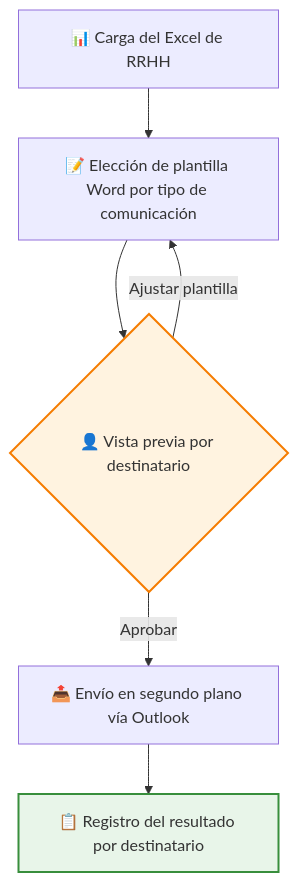
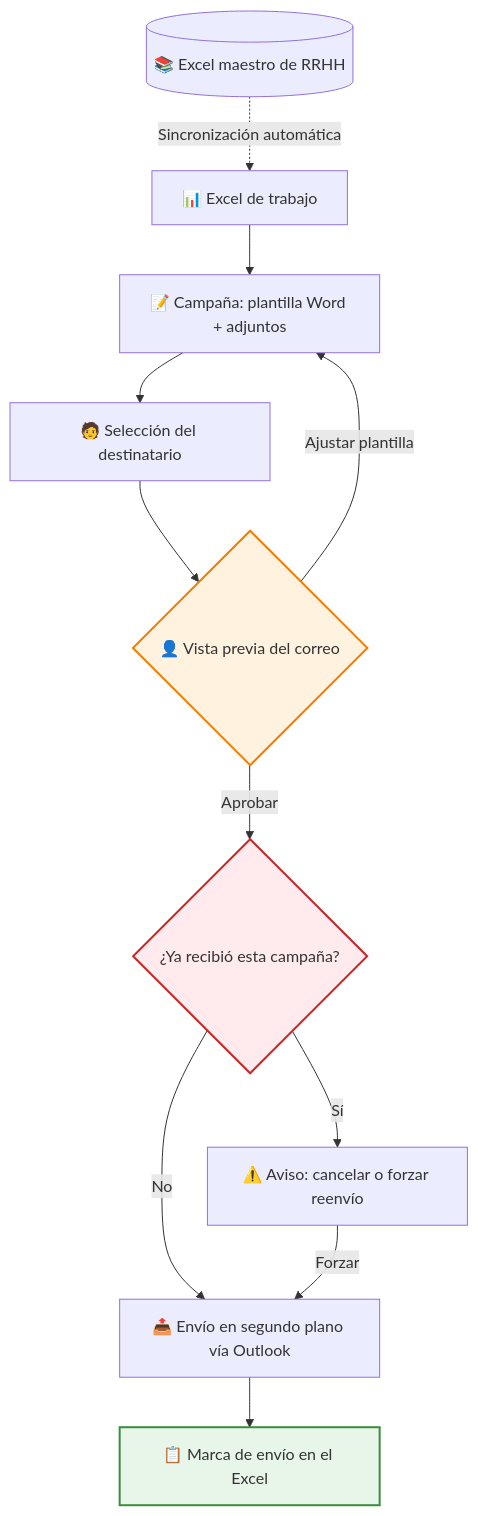
The first of 2 diagrams in Showcase_Email_Auto.md (ivanher97/Email_Auto_CTIngenieros), drawn with Mermaid before and after one commit. The commit also changed other lines of this file, not shown here.

````diff
--- a/Showcase_Email_Auto.md
+++ b/Showcase_Email_Auto.md
@@ -26,11 +27,17 @@
 ```mermaid
 flowchart TD
-    A[📊 Carga del Excel de RRHH] --> B[📝 Elección de plantilla Word por tipo de comunicación]
-    B --> C{👤 Vista previa por destinatario}
+    S[(📚 Excel maestro de RRHH)] -.->|Sincronización automática| A
+    A[📊 Excel de trabajo] --> B[📝 Campaña: plantilla Word + adjuntos]
+    B --> R[🧑 Selección del destinatario]
+    R --> C{👤 Vista previa del correo}
     C -->|Ajustar plantilla| B
-    C -->|Aprobar| D[📤 Envío en segundo plano vía Outlook]
-    D --> E[📋 Registro del resultado por destinatario]
+    C -->|Aprobar| K{¿Ya recibió esta campaña?}
+    K -->|Sí| W[⚠️ Aviso: cancelar o forzar reenvío]
+    K -->|No| D[📤 Envío en segundo plano vía Outlook]
+    W -->|Forzar| D
+    D --> E[📋 Marca de envío en el Excel]
 
     style C fill:#fff3e0,stroke:#f57c00,stroke-width:2px
+    style K fill:#ffebee,stroke:#c62828,stroke-width:2px
     style E fill:#e8f5e9,stroke:#388e3c,stroke-width:2px
 ```
````
